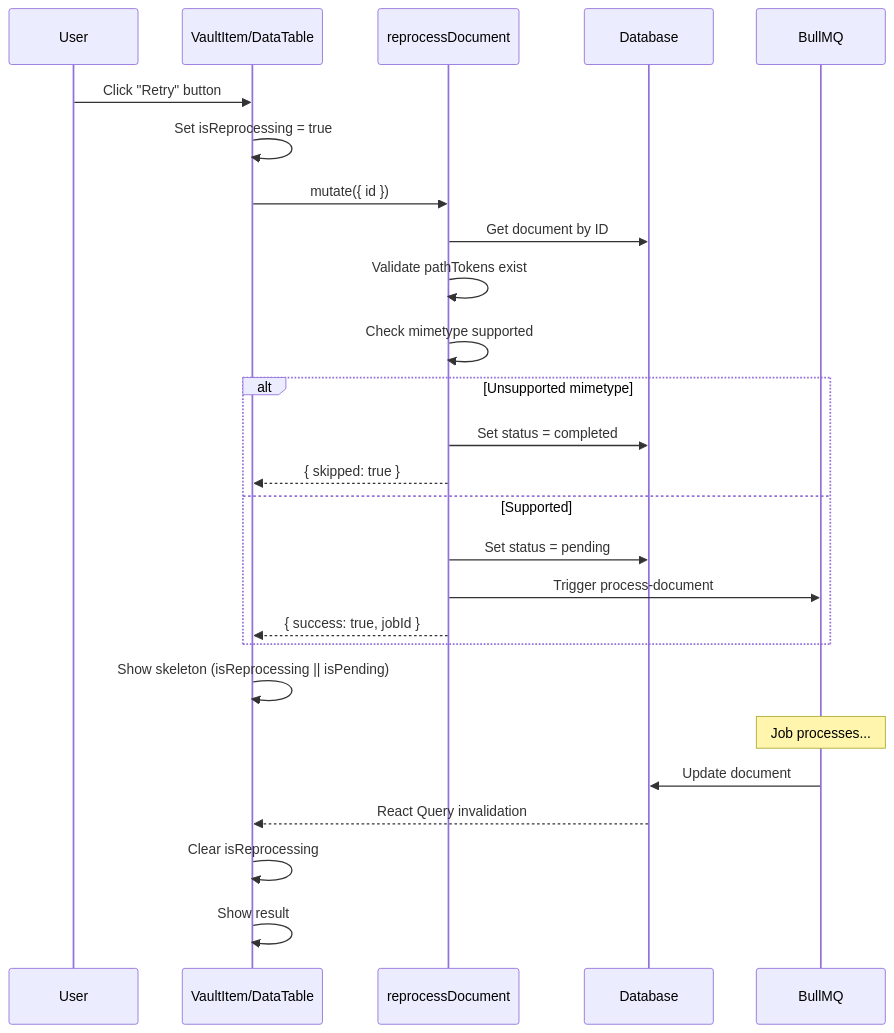
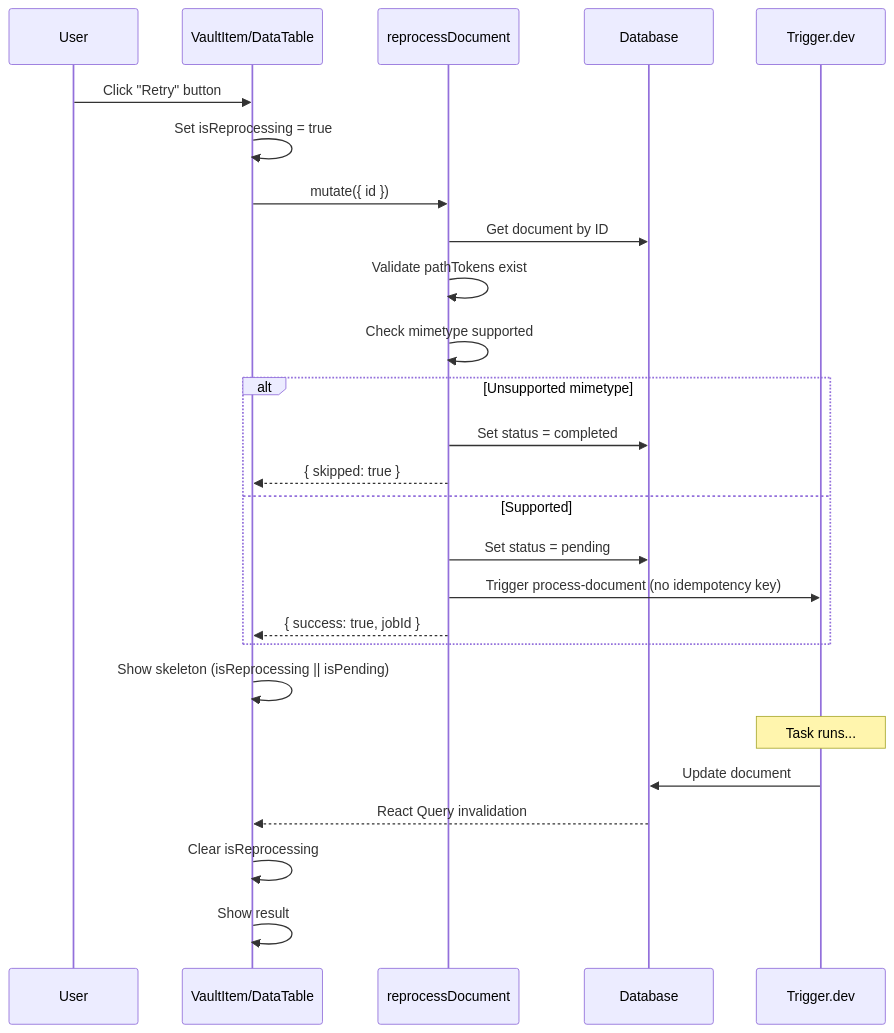
Before and after one commit to FredflixBE/midday: the fifth of 6 diagrams in docs/document-processing.md, drawn with Mermaid. The commit also changed other lines of this file and 3 other files, not shown here.

````diff
--- a/docs/document-processing.md
+++ b/docs/document-processing.md
@@ -304,34 +335,34 @@
 ```mermaid
 sequenceDiagram
     participant User
     participant UI as VaultItem/DataTable
     participant API as reprocessDocument
     participant DB as Database
-    participant Queue as BullMQ
+    participant Trigger as Trigger.dev
     
     User->>UI: Click "Retry" button
     UI->>UI: Set isReprocessing = true
     UI->>API: mutate({ id })
     
     API->>DB: Get document by ID
     API->>API: Validate pathTokens exist
     API->>API: Check mimetype supported
     
     alt Unsupported mimetype
         API->>DB: Set status = completed
         API-->>UI: { skipped: true }
     else Supported
         API->>DB: Set status = pending
-        API->>Queue: Trigger process-document
+        API->>Trigger: Trigger process-document (no idempotency key)
         API-->>UI: { success: true, jobId }
     end
     
     UI->>UI: Show skeleton (isReprocessing || isPending)
     
-    Note over Queue: Job processes...
+    Note over Trigger: Task runs...
     
-    Queue->>DB: Update document
+    Trigger->>DB: Update document
     DB-->>UI: React Query invalidation
     UI->>UI: Clear isReprocessing
     UI->>UI: Show result
 ```
````
